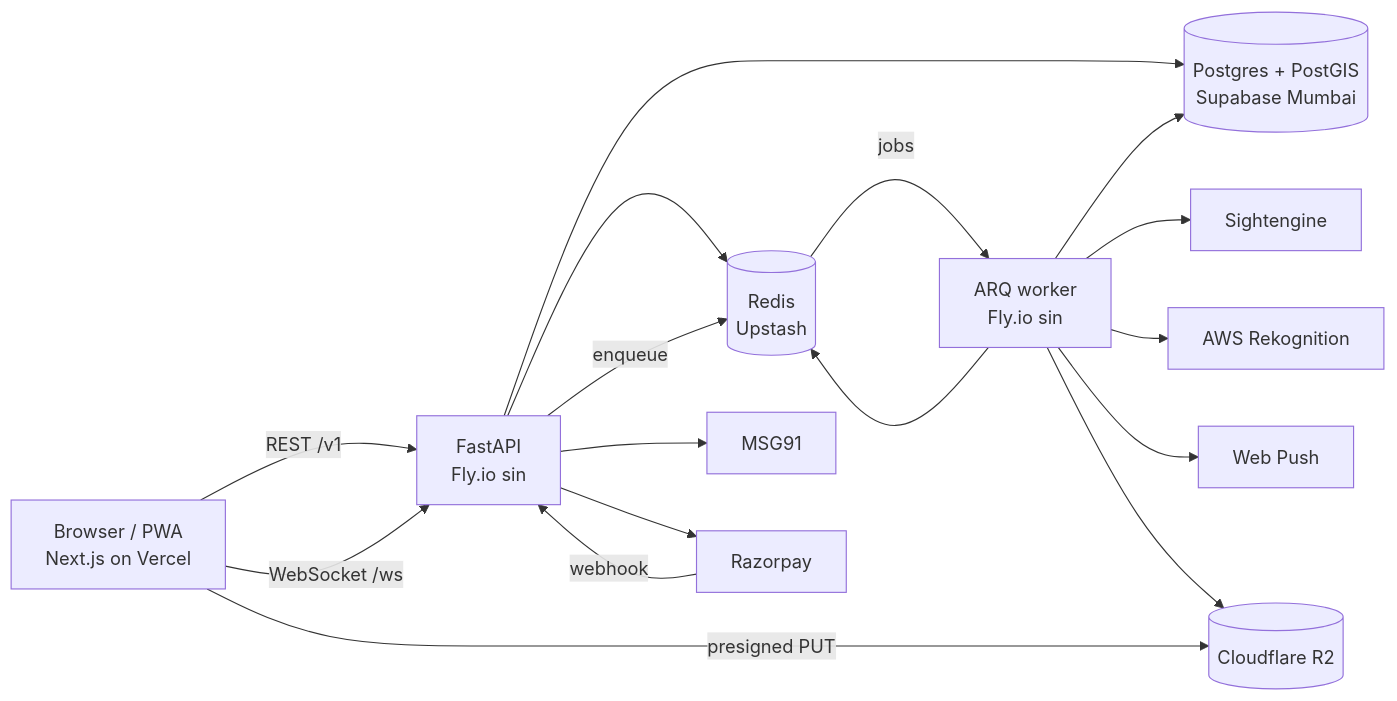
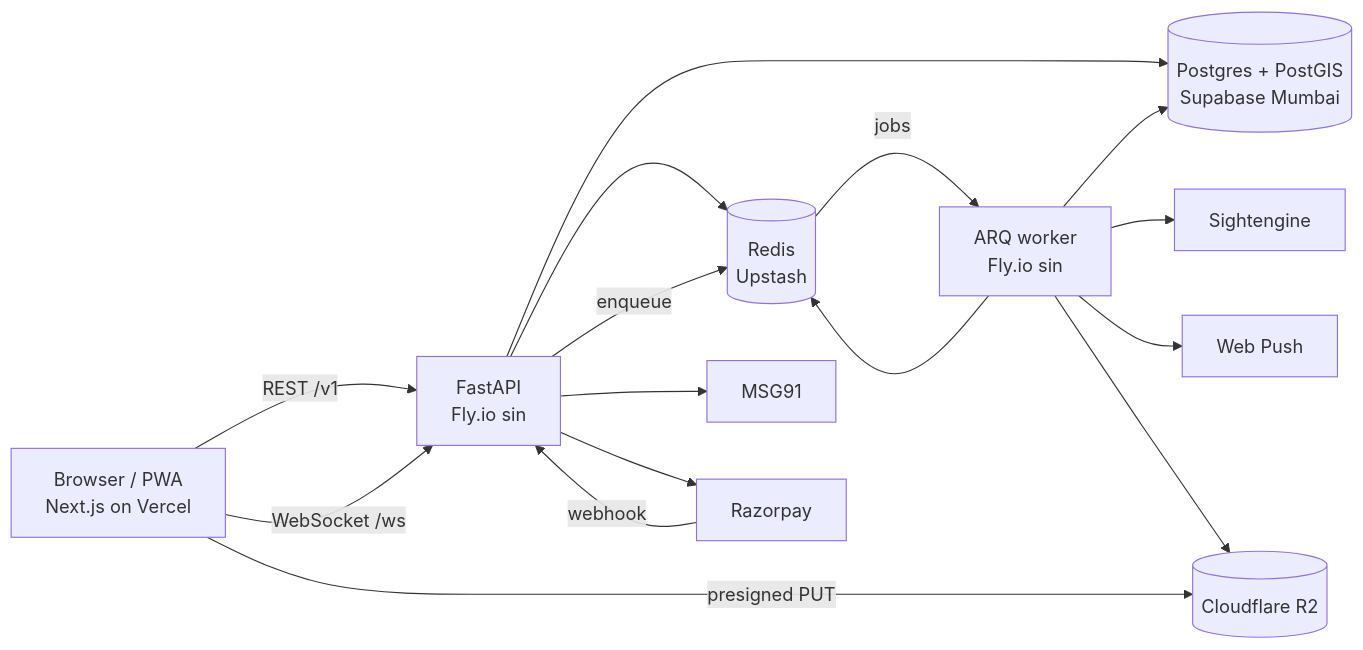
Before and after one commit to shubhamom0820-SK/velora: the first of 3 diagrams in docs/02-ARCHITECTURE.md, drawn with Mermaid. The commit also changed other lines of this file and 16 other files, not shown here.

First line of the commit message:
chore(facematch): AWS out of Velora; face matching on our own worker [T-4.5]

````diff
--- a/docs/02-ARCHITECTURE.md
+++ b/docs/02-ARCHITECTURE.md
@@ -5,19 +5,18 @@
 ```mermaid
 flowchart LR
   B[Browser / PWA<br/>Next.js on Vercel] -- REST /v1 --> A[FastAPI<br/>Fly.io sin]
   B -- WebSocket /ws --> A
   B -- presigned PUT --> R2[(Cloudflare R2)]
   A --> PG[(Postgres + PostGIS<br/>Supabase Mumbai)]
   A --> RD[(Redis<br/>Upstash)]
   W[ARQ worker<br/>Fly.io sin] --> PG
   W --> RD
   A -- enqueue --> RD
   RD -- jobs --> W
   A --> SMS[MSG91]
   A --> RZ[Razorpay]
   RZ -- webhook --> A
   W --> MOD[Sightengine]
-  W --> FACE[AWS Rekognition]
   W --> PUSH[Web Push]
   W --> R2
 ```
````
